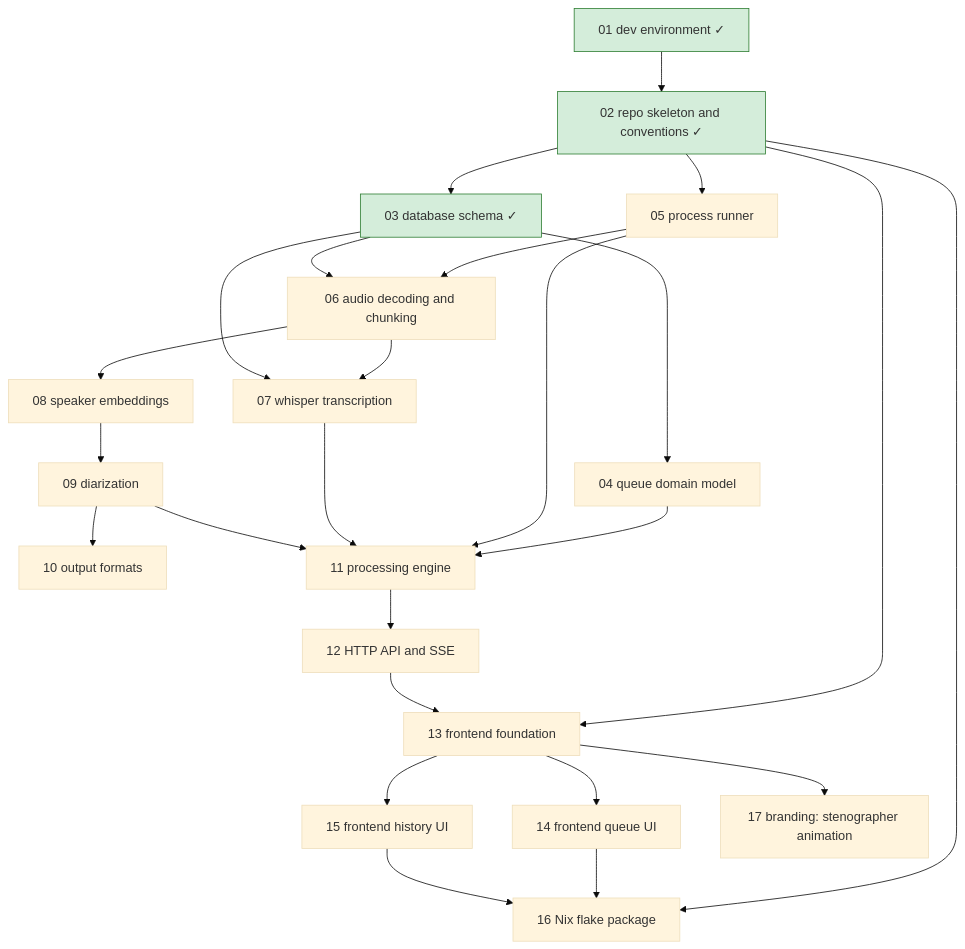
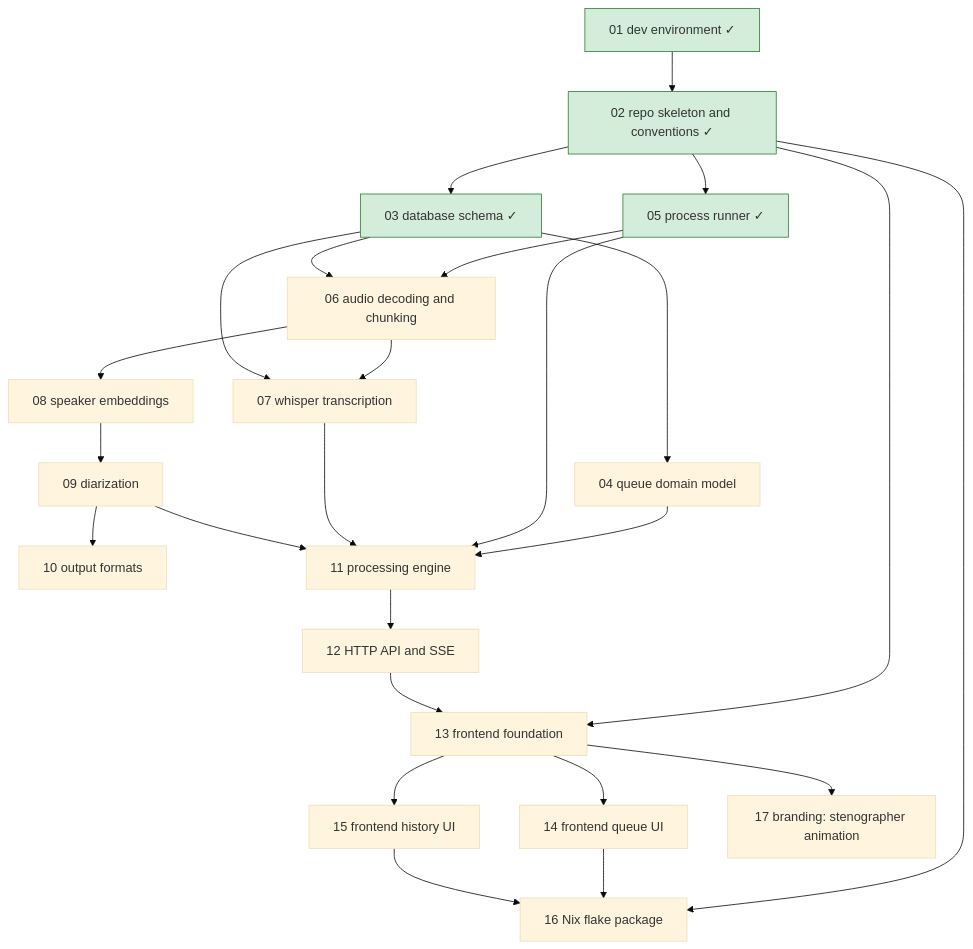
Before and after one commit to lulu-berlin/speech-to-text-app: the diagram in roadmap/README.md, drawn with Mermaid (base theme). The commit also changed other lines of this file and 3 other files, not shown here.

Commit message:
Complete roadmap item 05: move spec to docs/specs/process-runner.md

````diff
--- a/roadmap/README.md
+++ b/roadmap/README.md
@@ -17,28 +17,28 @@
 ```mermaid
 graph TD
   01[01 dev environment ✓]:::done --> 02[02 repo skeleton and conventions ✓]:::done
   02 --> 03[03 database schema ✓]:::done
   03 --> 04[04 queue domain model]
-  02 --> 05[05 process runner]
+  02 --> 05[05 process runner ✓]:::done
   05 --> 06[06 audio decoding and chunking]
   03 --> 06
   06 --> 07[07 whisper transcription]
   03 --> 07
   06 --> 08[08 speaker embeddings]
   08 --> 09[09 diarization]
   09 --> 10[10 output formats]
   04 --> 11[11 processing engine]
   05 --> 11
   07 --> 11
   09 --> 11
   11 --> 12[12 HTTP API and SSE]
   02 --> 13[13 frontend foundation]
   12 --> 13
   13 --> 14[14 frontend queue UI]
   13 --> 15[15 frontend history UI]
   02 --> 16[16 Nix flake package]
   14 --> 16
   15 --> 16
   13 --> 17[17 branding: stenographer animation]
   classDef done fill:#d4edda,stroke:#2e7d32
 ```
````
